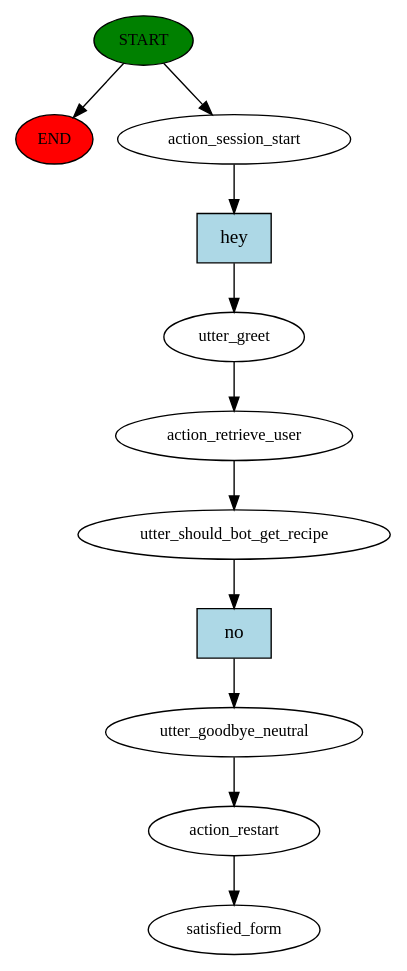
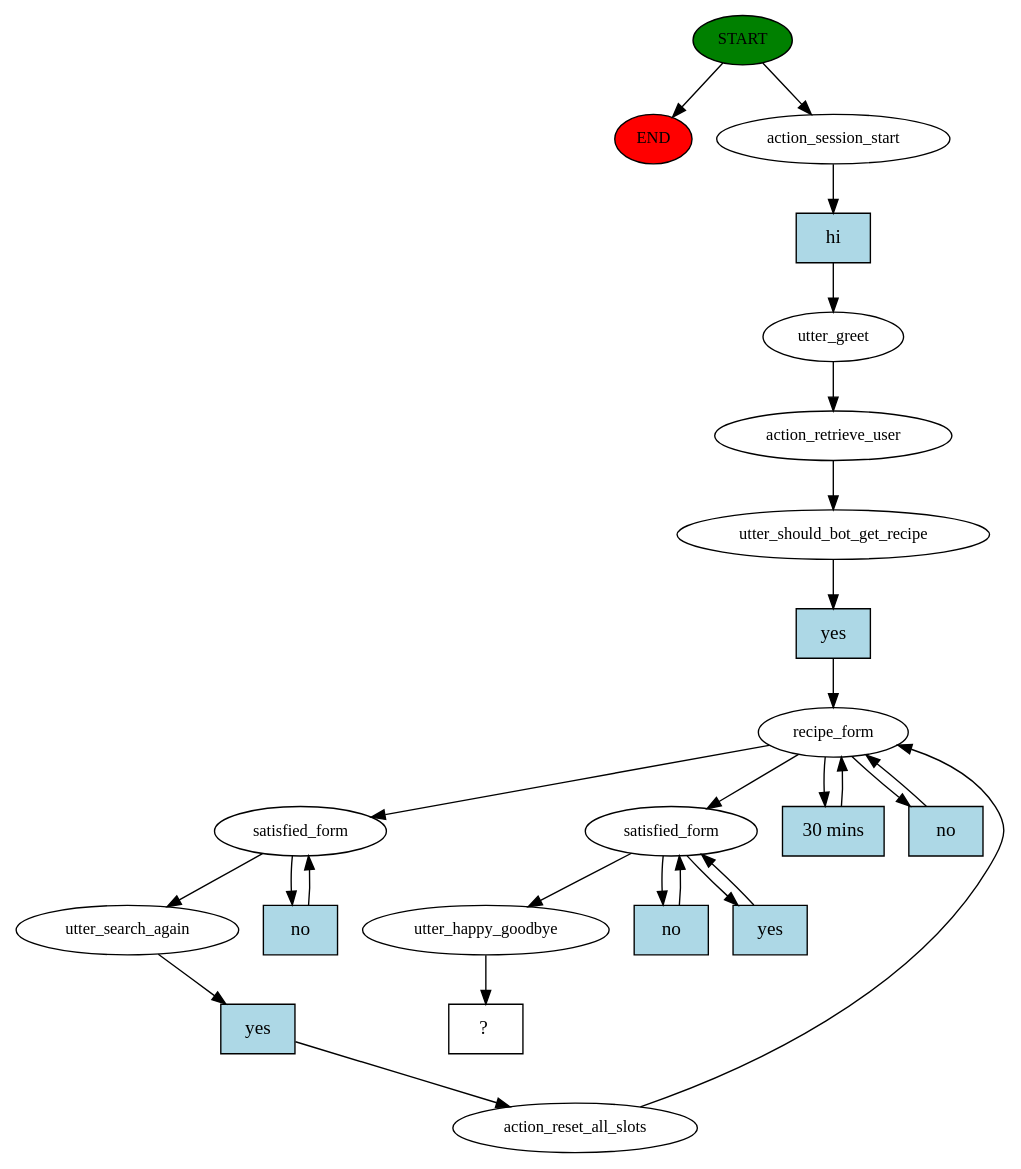
One commit to erees1/chefbot changed the diagram in bot/story_graph.dot. Above: the diagram before and after it, drawn with Graphviz. The commit also changed 5 other files, not shown here.

Commit message:
Updated dialogue flow, added update_website script

```diff
--- a/bot/story_graph.dot
+++ b/bot/story_graph.dot
@@ -1,23 +1,49 @@
 digraph  {
 0 [class="start active", fillcolor=green, fontsize=12, label=START, style=filled];
 "-1" [class=end, fillcolor=red, fontsize=12, label=END, style=filled];
 1 [class=active, fontsize=12, label=action_session_start];
 2 [class=active, fontsize=12, label=utter_greet];
 3 [class=active, fontsize=12, label=action_retrieve_user];
 4 [class=active, fontsize=12, label=utter_should_bot_get_recipe];
-5 [class=active, fontsize=12, label=utter_goodbye_neutral];
-6 [class=active, fontsize=12, label=action_restart];
-7 [class="dashed active", fontsize=12, label=satisfied_form];
-8 [class="intent active", fillcolor=lightblue, label=hey, shape=rect, style=filled];
-9 [class="intent active", fillcolor=lightblue, label=no, shape=rect, style=filled];
+5 [class=active, fontsize=12, label=recipe_form];
+9 [class=active, fontsize=12, label=satisfied_form];
+12 [class=active, fontsize=12, label=utter_search_again];
+13 [class=active, fontsize=12, label=action_reset_all_slots];
+17 [class=active, fontsize=12, label=satisfied_form];
+20 [class=active, fontsize=12, label=utter_happy_goodbye];
+21 [class="intent dashed active", label="  ?  ", shape=rect];
+22 [class="intent active", fillcolor=lightblue, label=hi, shape=rect, style=filled];
+23 [class="intent active", fillcolor=lightblue, label=yes, shape=rect, style=filled];
+24 [class="intent active", fillcolor=lightblue, label="30 mins", shape=rect, style=filled];
+25 [class="intent active", fillcolor=lightblue, label=no, shape=rect, style=filled];
+26 [class="intent active", fillcolor=lightblue, label=no, shape=rect, style=filled];
+27 [class="intent active", fillcolor=lightblue, label=yes, shape=rect, style=filled];
+28 [class="intent active", fillcolor=lightblue, label=no, shape=rect, style=filled];
+29 [class="intent active", fillcolor=lightblue, label=yes, shape=rect, style=filled];
 0 -> "-1"  [class="", key=NONE, label=""];
 0 -> 1  [class=active, key=NONE, label=""];
-1 -> 8  [class=active, key=0];
+1 -> 22  [class=active, key=0];
 2 -> 3  [class=active, key=NONE, label=""];
 3 -> 4  [class=active, key=NONE, label=""];
-4 -> 9  [class=active, key=0];
-5 -> 6  [class=active, key=NONE, label=""];
-6 -> 7  [class=active, key=NONE, label=""];
-8 -> 2  [class=active, key=0];
-9 -> 5  [class=active, key=0];
+4 -> 23  [class=active, key=0];
+5 -> 9  [class=active, key=NONE, label=""];
+5 -> 17  [class=active, key=NONE, label=""];
+5 -> 24  [class=active, key=0];
+5 -> 25  [class=active, key=0];
+9 -> 12  [class=active, key=NONE, label=""];
+9 -> 26  [class=active, key=0];
+12 -> 27  [class=active, key=0];
+13 -> 5  [class=active, key=NONE, label=""];
+17 -> 20  [class=active, key=NONE, label=""];
+17 -> 28  [class=active, key=0];
+17 -> 29  [class=active, key=0];
+20 -> 21  [class=active, key=NONE, label=""];
+22 -> 2  [class=active, key=0];
+23 -> 5  [class=active, key=0];
+24 -> 5  [class=active, key=0];
+25 -> 5  [class=active, key=0];
+26 -> 9  [class=active, key=0];
+27 -> 13  [class=active, key=0];
+28 -> 17  [class=active, key=0];
+29 -> 17  [class=active, key=0];
 }
```
